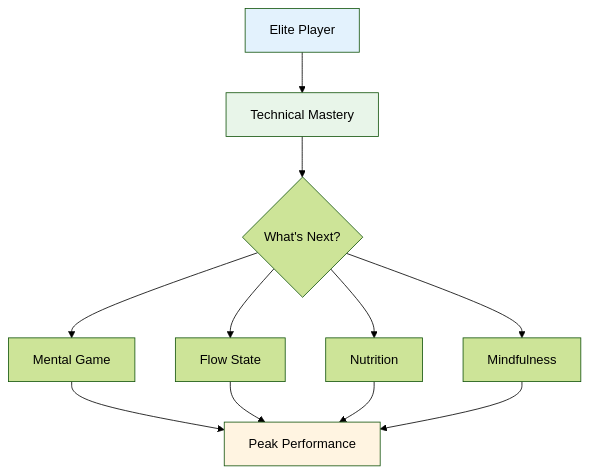
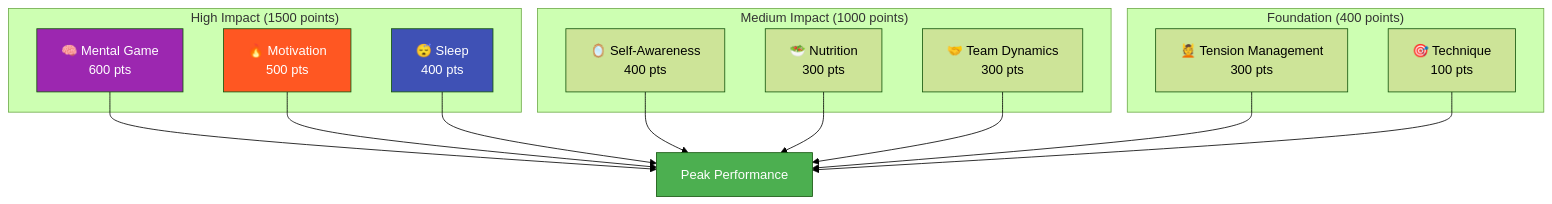
One commit to patwii/petanque-academy changed the diagram in docs/en/ambition.md. Above: the diagram before and after it, drawn with Mermaid (forest theme). The commit also changed other lines of this file and 1093 other files, not shown here.

````diff
--- a/docs/en/ambition.md
+++ b/docs/en/ambition.md
@@ -36,19 +13,33 @@
 ```mermaid
 graph TD
-    A[Elite Player] --> B[Technical Mastery]
-    B --> C{What's Next?}
+    subgraph "High Impact (1500 points)"
+        A[🧠 Mental Game<br/>600 pts]
+        B[🔥 Motivation<br/>500 pts]
+        C[😴 Sleep<br/>400 pts]
+    end
 
-    C --> D[Mental Game]
-    C --> E[Flow State]
-    C --> F[Nutrition]
-    C --> G[Mindfulness]
+    subgraph "Medium Impact (1000 points)"
+        D[🪞 Self-Awareness<br/>400 pts]
+        E[🥗 Nutrition<br/>300 pts]
+        F[🤝 Team Dynamics<br/>300 pts]
+    end
 
-    D --> H[Peak Performance]
-    E --> H
-    F --> H
-    G --> H
+    subgraph "Foundation (400 points)"
+        G[💆 Tension Management<br/>300 pts]
+        H[🎯 Technique<br/>100 pts]
+    end
 
-    style A fill:#e3f2fd
-    style B fill:#e8f5e9
-    style H fill:#fff4e1
+    A --> I[Peak Performance]
+    B --> I
+    C --> I
+    D --> I
+    E --> I
+    F --> I
+    G --> I
+    H --> I
+
+    style A fill:#9C27B0,color:#fff
+    style B fill:#FF5722,color:#fff
+    style C fill:#3F51B5,color:#fff
+    style I fill:#4CAF50,color:#fff
 ```
````
